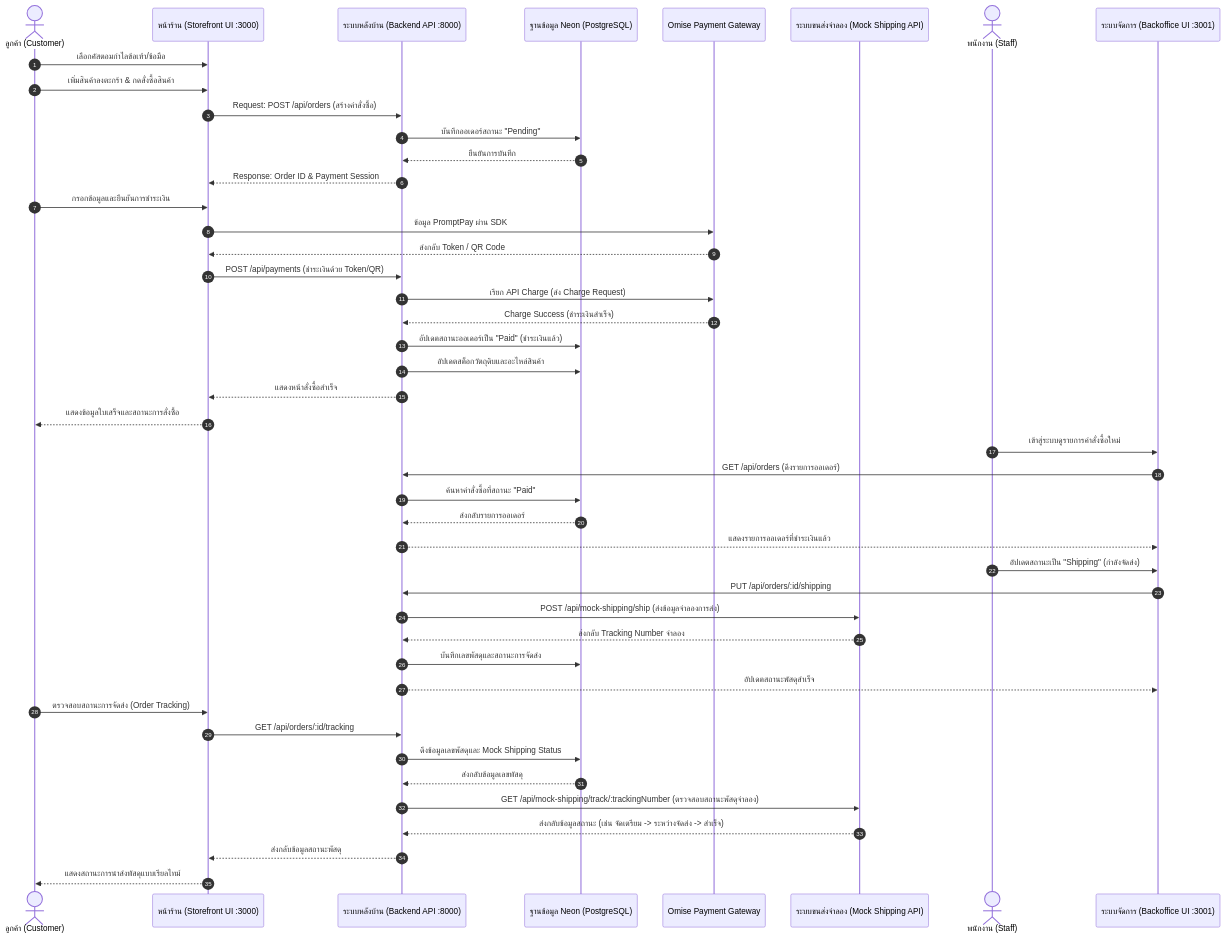
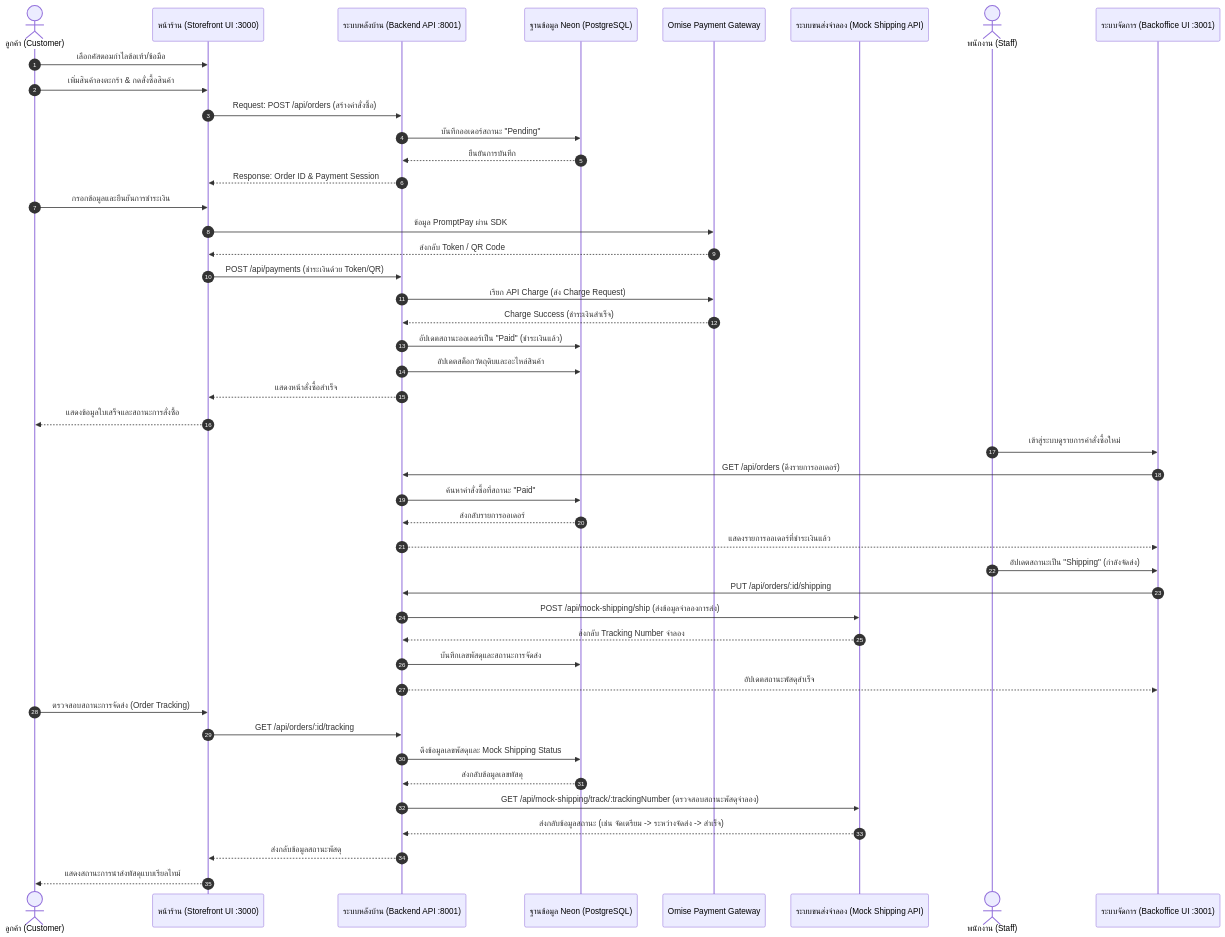
Before and after one commit to thatatornpaa-dotcom/Little-U-Accessories-Shop: the diagram in front/sequence_diagram.mmd, drawn with Mermaid. The commit also changed 29 other files, not shown here.

```diff
--- a/front/sequence_diagram.mmd
+++ b/front/sequence_diagram.mmd
@@ -1,53 +1,53 @@
 sequenceDiagram
     autonumber
     actor Customer as ลูกค้า (Customer)
     participant Storefront as หน้าร้าน (Storefront UI :3000)
-    participant Backend as ระบบหลังบ้าน (Backend API :8000)
+    participant Backend as ระบบหลังบ้าน (Backend API :8001)
     participant DB as ฐานข้อมูล Neon (PostgreSQL)
     participant Omise as Omise Payment Gateway
     participant ShippingAPI as ระบบขนส่งจำลอง (Mock Shipping API)
     actor Staff as พนักงาน (Staff)
     participant Backoffice as ระบบจัดการ (Backoffice UI :3001)
 
     %% 1. Customization and Ordering
     Customer->>Storefront: เลือกคัสตอมกำไลข้อเท้า/ข้อมือ
     Customer->>Storefront: เพิ่มสินค้าลงตะกร้า & กดสั่งซื้อสินค้า
     Storefront->>Backend: Request: POST /api/orders (สร้างคำสั่งซื้อ)
     Backend->>DB: บันทึกออเดอร์สถานะ "Pending"
     DB-->>Backend: ยืนยันการบันทึก
     Backend-->>Storefront: Response: Order ID & Payment Session
 
     %% 2. Payment Flow (Omise Gateway)
     Customer->>Storefront: กรอกข้อมูลและยืนยันการชำระเงิน
     Storefront->>Omise: ข้อมูล PromptPay ผ่าน SDK
     Omise-->>Storefront: ส่งกลับ Token / QR Code
     Storefront->>Backend: POST /api/payments (ชำระเงินด้วย Token/QR)
     Backend->>Omise: เรียก API Charge (ส่ง Charge Request)
     Omise-->>Backend: Charge Success (ชำระเงินสำเร็จ)
     Backend->>DB: อัปเดตสถานะออเดอร์เป็น "Paid" (ชำระเงินแล้ว)
     Backend->>DB: อัปเดตสต็อกวัตถุดิบและอะไหล่สินค้า
     Backend-->>Storefront: แสดงหน้าสั่งซื้อสำเร็จ
     Storefront-->>Customer: แสดงข้อมูลใบเสร็จและสถานะการสั่งซื้อ
 
     %% 3. Fulfillment Flow
     Staff->>Backoffice: เข้าสู่ระบบดูรายการคำสั่งซื้อใหม่
     Backoffice->>Backend: GET /api/orders (ดึงรายการออเดอร์)
     Backend->>DB: ค้นหาคำสั่งซื้อที่สถานะ "Paid"
     DB-->>Backend: ส่งกลับรายการออเดอร์
     Backend-->>Backoffice: แสดงรายการออเดอร์ที่ชำระเงินแล้ว
     Staff->>Backoffice: อัปเดตสถานะเป็น "Shipping" (กำลังจัดส่ง)
     Backoffice->>Backend: PUT /api/orders/:id/shipping
     Backend->>ShippingAPI: POST /api/mock-shipping/ship (ส่งข้อมูลจำลองการส่ง)
     ShippingAPI-->>Backend: ส่งกลับ Tracking Number จำลอง
     Backend->>DB: บันทึกเลขพัสดุและสถานะการจัดส่ง
     Backend-->>Backoffice: อัปเดตสถานะพัสดุสำเร็จ
     
     %% 4. Order Tracking Flow
     Customer->>Storefront: ตรวจสอบสถานะการจัดส่ง (Order Tracking)
     Storefront->>Backend: GET /api/orders/:id/tracking
     Backend->>DB: ดึงข้อมูลเลขพัสดุและ Mock Shipping Status
     DB-->>Backend: ส่งกลับข้อมูลเลขพัสดุ
     Backend->>ShippingAPI: GET /api/mock-shipping/track/:trackingNumber (ตรวจสอบสถานะพัสดุจำลอง)
     ShippingAPI-->>Backend: ส่งกลับข้อมูลสถานะ (เช่น จัดเตรียม -> ระหว่างจัดส่ง -> สำเร็จ)
     Backend-->>Storefront: ส่งกลับข้อมูลสถานะพัสดุ
     Storefront-->>Customer: แสดงสถานะการนำส่งพัสดุแบบเรียลไทม์
```
